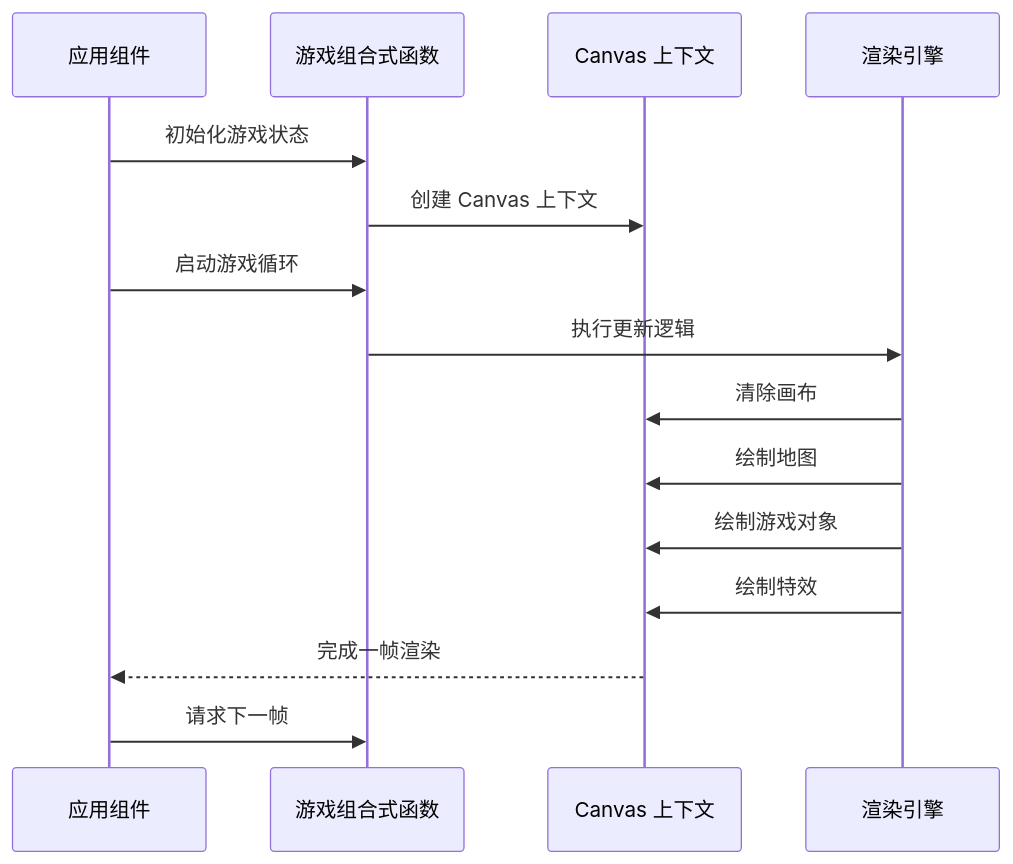
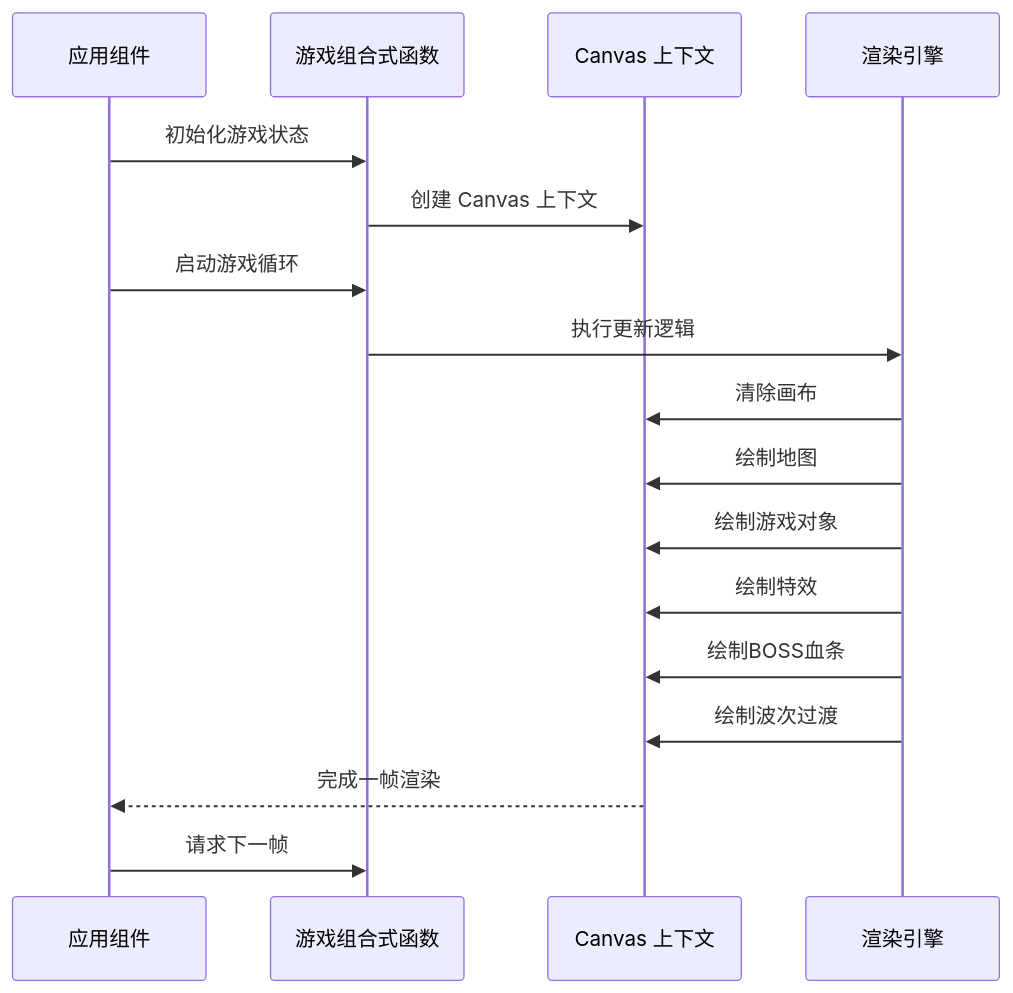
The second of 12 diagrams in .qoder/repowiki/zh/content/核心架构/Canvas 渲染系统.md (mrancc/reimagined-journey), drawn with Mermaid before and after one commit. The commit also changed other lines of this file and 11 other files, not shown here.

````diff
--- a/.qoder/repowiki/zh/content/核心架构/Canvas 渲染系统.md
+++ b/.qoder/repowiki/zh/content/核心架构/Canvas 渲染系统.md
@@ -88,17 +91,19 @@
 ```mermaid
 sequenceDiagram
 participant App as 应用组件
 participant Game as 游戏组合式函数
 participant Canvas as Canvas 上下文
 participant Render as 渲染引擎
 App->>Game : 初始化游戏状态
 Game->>Canvas : 创建 Canvas 上下文
 App->>Game : 启动游戏循环
 Game->>Render : 执行更新逻辑
 Render->>Canvas : 清除画布
 Render->>Canvas : 绘制地图
 Render->>Canvas : 绘制游戏对象
 Render->>Canvas : 绘制特效
+Render->>Canvas : 绘制BOSS血条
+Render->>Canvas : 绘制波次过渡
 Canvas-->>App : 完成一帧渲染
 App->>Game : 请求下一帧
 ```
````
